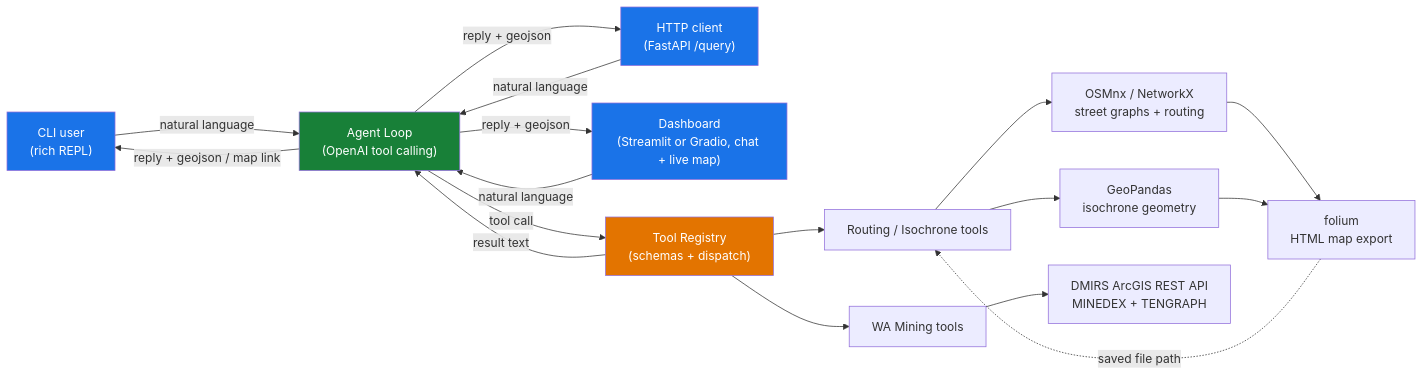
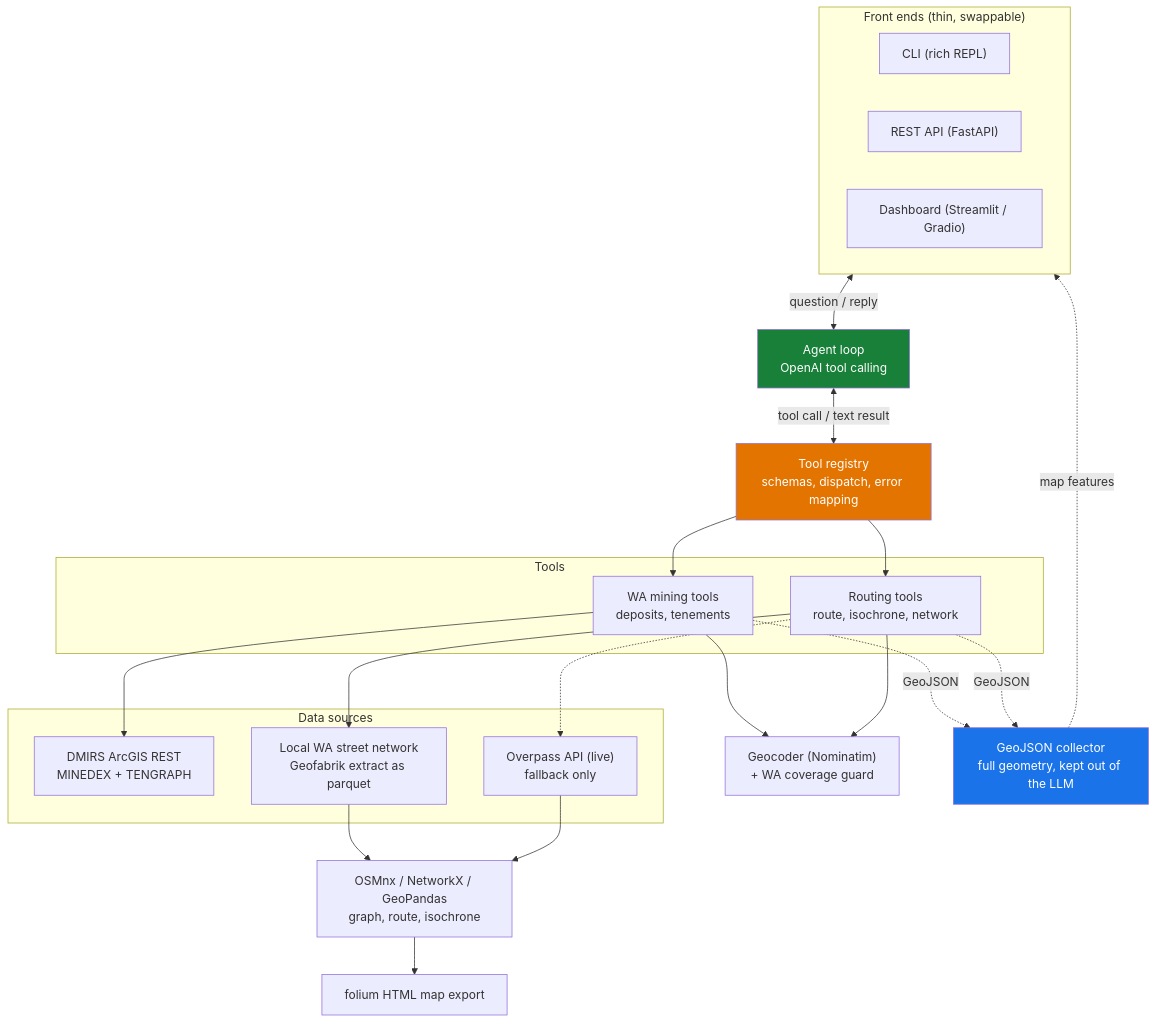
The first of 2 diagrams in README.md (atharvadalvii/wa-mining-agent), drawn with Mermaid before and after one commit. The commit also changed other lines of this file, not shown here.

First line of the commit message:
Rework README architecture section: updated diagram, request-flow sequence, design notes

````diff
--- a/README.md
+++ b/README.md
@@ -65,29 +72,42 @@
 ```mermaid
-flowchart LR
-    U1["CLI user<br/>(rich REPL)"] -->|natural language| L["Agent Loop<br/>(OpenAI tool calling)"]
-    U2["HTTP client<br/>(FastAPI /query)"] -->|natural language| L
-    U3["Dashboard<br/>(Streamlit or Gradio, chat + live map)"] -->|natural language| L
-    L -->|reply + geojson / map link| U1
-    L -->|reply + geojson| U2
-    L -->|reply + geojson| U3
+flowchart TD
+    subgraph FE["Front ends (thin, swappable)"]
+        U1["CLI (rich REPL)"]
+        U2["REST API (FastAPI)"]
+        U3["Dashboard (Streamlit / Gradio)"]
+    end
 
-    L -->|tool call| REG["Tool Registry<br/>(schemas + dispatch)"]
-    REG -->|result text| L
+    FE <-->|"question / reply"| L["Agent loop<br/>OpenAI tool calling"]
+    L <-->|"tool call / text result"| REG["Tool registry<br/>schemas, dispatch, error mapping"]
 
-    REG --> RT["Routing / Isochrone tools"]
-    REG --> MT["WA Mining tools"]
+    subgraph TOOLS["Tools"]
+        MT["WA mining tools<br/>deposits, tenements"]
+        RT["Routing tools<br/>route, isochrone, network"]
+    end
+    REG --> MT
+    REG --> RT
 
-    RT --> OSM["OSMnx / NetworkX<br/>street graphs + routing"]
-    RT --> GPD["GeoPandas<br/>isochrone geometry"]
-    OSM --> MAP["folium<br/>HTML map export"]
-    GPD --> MAP
-    MAP -.->|saved file path| RT
+    MT --> GEO["Geocoder (Nominatim)<br/>+ WA coverage guard"]
+    RT --> GEO
 
-    MT --> DMIRS["DMIRS ArcGIS REST API<br/>MINEDEX + TENGRAPH"]
+    subgraph DATA["Data sources"]
+        DMIRS["DMIRS ArcGIS REST<br/>MINEDEX + TENGRAPH"]
+        LOCAL["Local WA street network<br/>Geofabrik extract as parquet"]
+        OVP["Overpass API (live)<br/>fallback only"]
+    end
+    MT --> DMIRS
+    RT --> LOCAL
+    RT -.-> OVP
 
-    style U1 fill:#1a73e8,color:#fff
-    style U2 fill:#1a73e8,color:#fff
-    style U3 fill:#1a73e8,color:#fff
+    LOCAL --> GRAPH["OSMnx / NetworkX / GeoPandas<br/>graph, route, isochrone"]
+    OVP --> GRAPH
+    GRAPH --> MAP["folium HTML map export"]
+
+    MT -.->|"GeoJSON"| COL["GeoJSON collector<br/>full geometry, kept out of the LLM"]
+    RT -.->|"GeoJSON"| COL
+    COL -.->|"map features"| FE
+
     style L fill:#188038,color:#fff
     style REG fill:#e37400,color:#fff
+    style COL fill:#1a73e8,color:#fff
 ```
````
